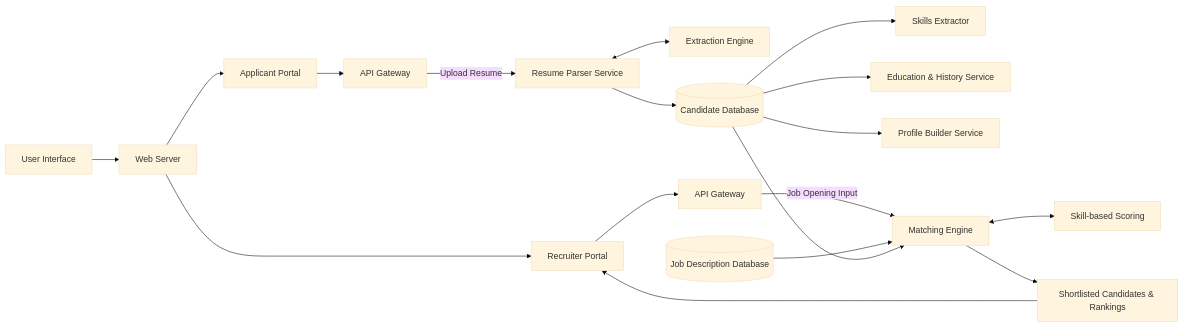
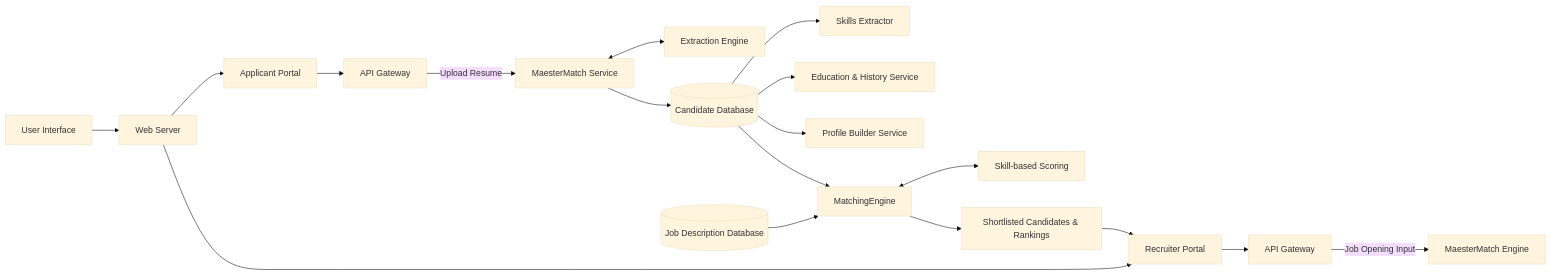
One commit to knoxiboy/MaesterMatch changed the first of 3 diagrams in README.md. Above: the diagram before and after it, drawn with Mermaid (base theme). The commit also changed other lines of this file and 6 other files, not shown here.

Commit message:
chore: rename project to MaesterMatch everywhere

````diff
--- a/README.md
+++ b/README.md
@@ -27,23 +27,23 @@
 ```mermaid
 graph LR
     UserInterface[User Interface] --> WebServer[Web Server]
     WebServer --> RecruiterPortal[Recruiter Portal]
     WebServer --> ApplicantPortal[Applicant Portal]
     
     ApplicantPortal --> APIGateway1[API Gateway]
-    APIGateway1 -- Upload Resume --> ResumeParserService[Resume Parser Service]
-    ResumeParserService <--> ExtractionEngine[Extraction Engine]
-    ResumeParserService --> CandidateDatabase[(Candidate Database)]
+    APIGateway1 -- Upload Resume --> MaesterMatchService[MaesterMatch Service]
+    MaesterMatchService <--> ExtractionEngine[Extraction Engine]
+    MaesterMatchService --> CandidateDatabase[(Candidate Database)]
     CandidateDatabase --> SkillsExtractor[Skills Extractor]
     CandidateDatabase --> EducationHistoryService[Education & History Service]
     CandidateDatabase --> ProfileBuilderService[Profile Builder Service]
     
     RecruiterPortal --> APIGateway2[API Gateway]
-    APIGateway2 -- Job Opening Input --> MatchingEngine[Matching Engine]
+    APIGateway2 -- Job Opening Input --> MaesterMatchEngine[MaesterMatch Engine]
     MatchingEngine <--> SkillBasedScoring[Skill-based Scoring]
     MatchingEngine --> ShortlistedCandidates[Shortlisted Candidates & Rankings]
     ShortlistedCandidates --> RecruiterPortal
     
     JobDescriptionDatabase[(Job Description Database)] --> MatchingEngine
     CandidateDatabase --> MatchingEngine
 ```
````
